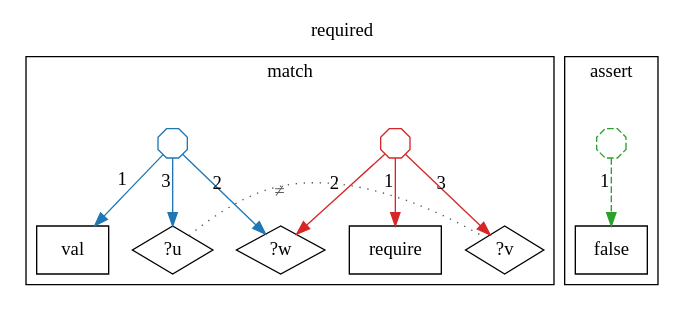
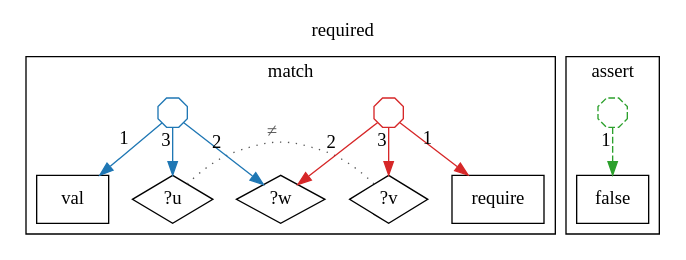
Before and after one commit to agutikov/ein: the diagram in docs/ein/user/04-reference/04-stdlib/diagrams/19-std.bool.inputs.required.dot, drawn with Graphviz. The commit also changed 102 other files, not shown here.

```diff
--- a/docs/ein/user/04-reference/04-stdlib/diagrams/19-std.bool.inputs.required.dot
+++ b/docs/ein/user/04-reference/04-stdlib/diagrams/19-std.bool.inputs.required.dot
@@ -1,25 +1,25 @@
 digraph rule_required_lhs_rhs {
   rankdir=TB;
   label="required"; labelloc=t;
   subgraph cluster_lhs { label="match";
     "require_L" [label="require", shape=box];
     "?w_L" [label="?w", shape=diamond];
     "?v_L" [label="?v", shape=diamond];
     "val_L" [label="val", shape=box];
     "?u_L" [label="?u", shape=diamond];
     "h1_require_L" [shape=octagon, label="", width=0.3, height=0.3, fixedsize=true, color="#d62728"];
     "h1_require_L" -> "require_L" [xlabel="1", color="#d62728"];
     "h1_require_L" -> "?w_L" [xlabel="2", color="#d62728"];
     "h1_require_L" -> "?v_L" [xlabel="3", color="#d62728"];
     "h2_val_L" [shape=octagon, label="", width=0.3, height=0.3, fixedsize=true, color="#1f77b4"];
     "h2_val_L" -> "val_L" [xlabel="1", color="#1f77b4"];
     "h2_val_L" -> "?w_L" [xlabel="2", color="#1f77b4"];
     "h2_val_L" -> "?u_L" [xlabel="3", color="#1f77b4"];
-    "?u_L" -> "?v_L" [label="≠", dir=none, style=dotted, color="#555555", fontcolor="#555555", constraint=false];
+    "?u_L" -> "?v_L" [xlabel="≠", dir=none, style=dotted, color="#555555", fontcolor="#555555", constraint=false];
   }
   subgraph cluster_rhs { label="assert";
     "false_R" [label="false", shape=box];
     "h3_false_R" [shape=octagon, label="", width=0.3, height=0.3, fixedsize=true, color="#2ca02c", style=dashed];
     "h3_false_R" -> "false_R" [xlabel="1", color="#2ca02c", style=dashed];
   }
 }
```
